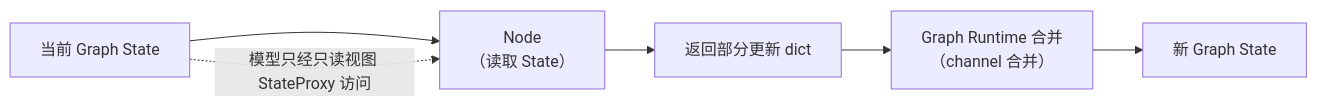
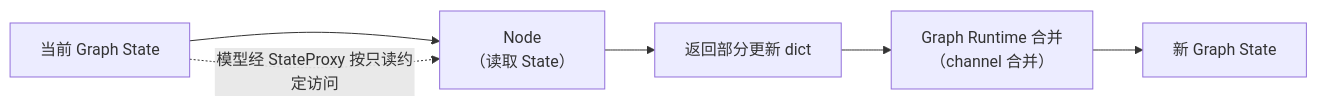
The fourth of 5 diagrams in docs/03-langgraph-core/ch09-graph-state.md (AnRun-M/enterprise-ai-agent-handbook), drawn with Mermaid before and after one commit. The commit also changed other lines of this file and 2 other files, not shown here.

Commit message:
docs: refine graph state schema and visibility boundaries

````diff
--- a/docs/03-langgraph-core/ch09-graph-state.md
+++ b/docs/03-langgraph-core/ch09-graph-state.md
@@ -239,8 +243,8 @@
 ```mermaid
 flowchart LR
     S["当前 Graph State"] --> N["Node\n（读取 State）"]
-    S -. "模型只经只读视图 StateProxy 访问" .-> N
+    S -. "模型经 StateProxy 按只读约定访问" .-> N
     N --> P["返回部分更新 dict"]
     P --> M["Graph Runtime 合并\n（channel 合并）"]
     M --> S2["新 Graph State"]
 ```
````
